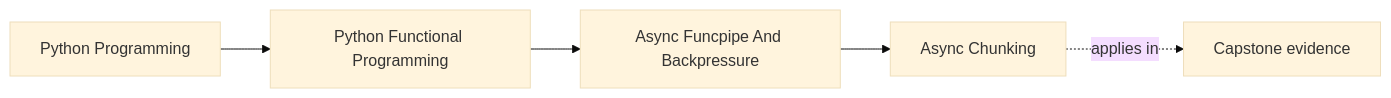
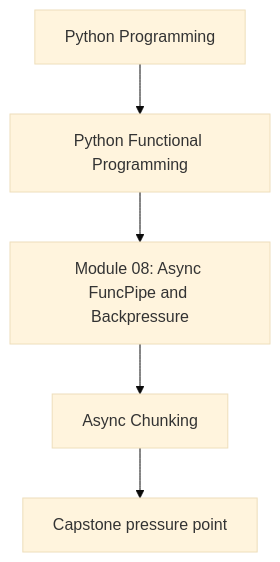
The first of 2 diagrams in programs/python-programming/python-functional-programming/course-book/module-08-async-funcpipe-and-backpressure/async-chunking.md (bijux/bijux-masterclass), drawn with Mermaid (base theme) before and after one commit. The commit also changed other lines of this file and 118 other files, not shown here.

Commit message:
docs(python-functional-programming): align concept page diagrams

````diff
--- a/programs/python-programming/python-functional-programming/course-book/module-08-async-funcpipe-and-backpressure/async-chunking.md
+++ b/programs/python-programming/python-functional-programming/course-book/module-08-async-funcpipe-and-backpressure/async-chunking.md
@@ -7,11 +7,7 @@
 ```mermaid
-graph LR
-  family["Python Programming"]
-  program["Python Functional Programming"]
-  section["Async Funcpipe And Backpressure"]
-  page["Async Chunking"]
-  capstone["Capstone evidence"]
-
-  family --> program --> section --> page
-  page -.applies in.-> capstone
+flowchart TD
+  family["Python Programming"] --> program["Python Functional Programming"]
+  program --> module["Module 08: Async FuncPipe and Backpressure"]
+  module --> concept["Async Chunking"]
+  concept --> capstone["Capstone pressure point"]
 ```
````
